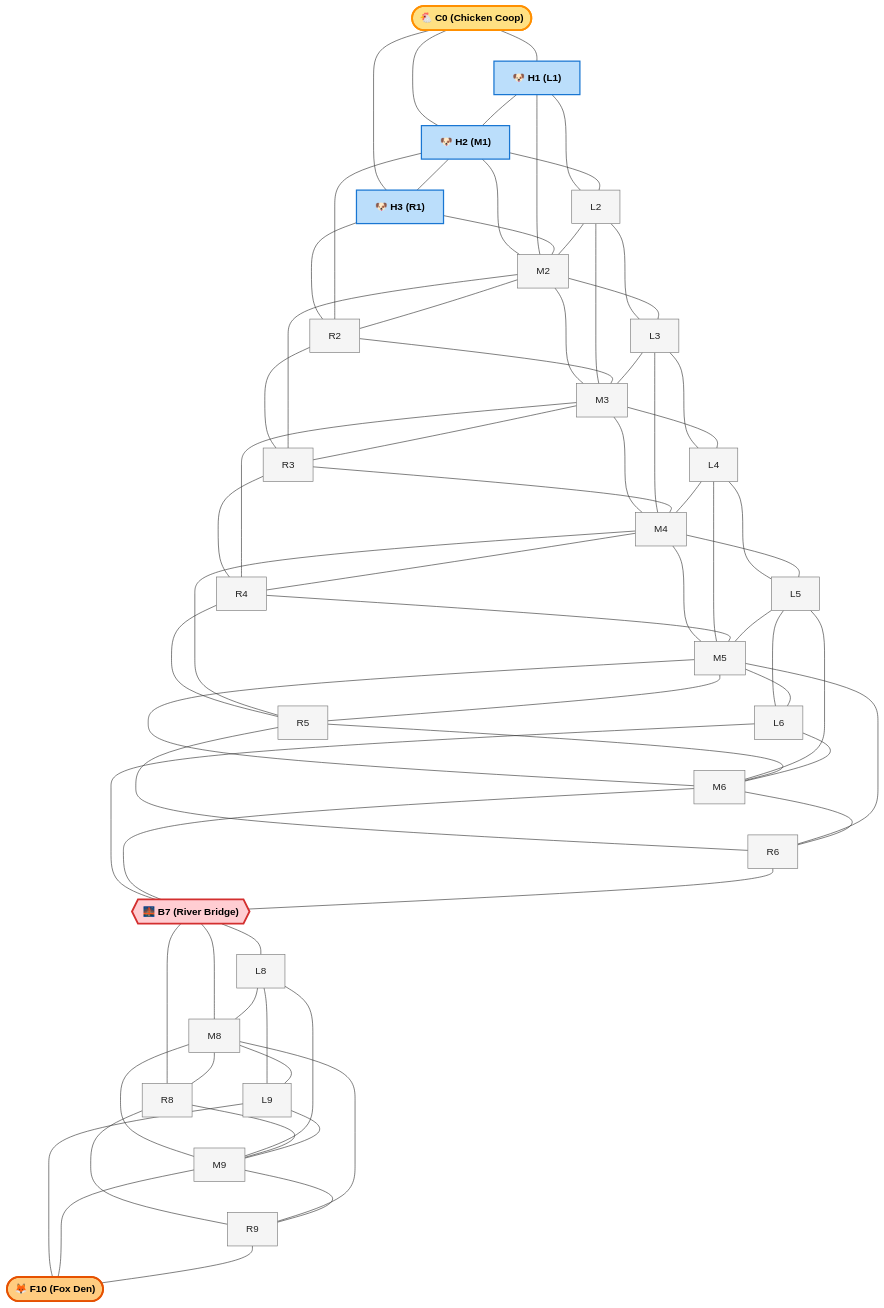
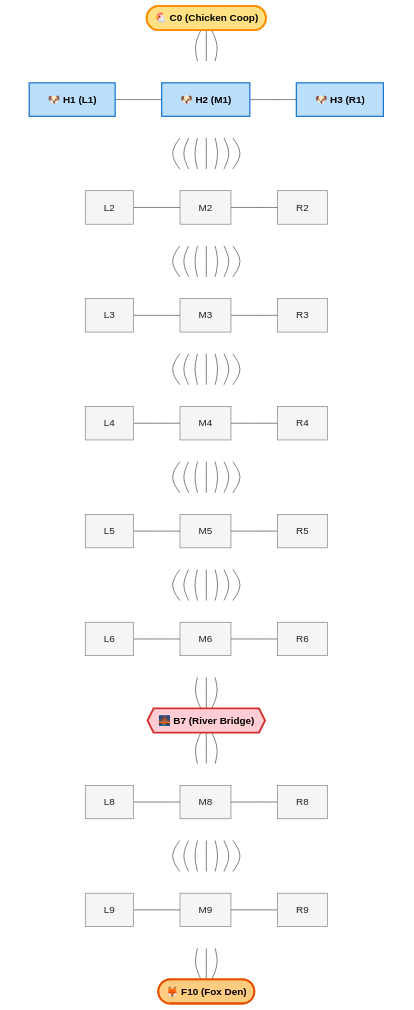
The first of 2 diagrams in README.md (denisglotov/fox-and-hounds), drawn with Mermaid before and after one commit. The commit also changed other lines of this file, not shown here.

Commit message:
graph update again

````diff
--- a/README.md
+++ b/README.md
@@ -56,63 +58,74 @@
 ```mermaid
-graph TD
-    %% Styling
+flowchart TD
+    %% Node Styling
     classDef coop fill:#ffe082,stroke:#ff8f00,stroke-width:3px,color:#000,font-weight:bold;
     classDef hound fill:#bbdefb,stroke:#1976d2,stroke-width:2px,color:#000,font-weight:bold;
     classDef bridge fill:#ffcdd2,stroke:#d32f2f,stroke-width:3px,color:#000,font-weight:bold;
     classDef fox fill:#ffcc80,stroke:#e65100,stroke-width:3px,color:#000,font-weight:bold;
     classDef field fill:#f5f5f5,stroke:#757575,stroke-width:1px,color:#212121;
+    classDef invisible fill:none,stroke:none;
 
     %% Row 0: Chicken Coop
     C0(["🐔 C0 (Chicken Coop)"]):::coop
 
-    %% Row 1: Hounds Start
-    H1["🐶 H1 (L1)"]:::hound
-    H2["🐶 H2 (M1)"]:::hound
-    H3["🐶 H3 (R1)"]:::hound
+    %% Row 1: Hounds Start (Strict Horizontal Alignment)
+    subgraph Row1 [" "]
+        direction LR
+        H1["🐶 H1 (L1)"]:::hound --- H2["🐶 H2 (M1)"]:::hound --- H3["🐶 H3 (R1)"]:::hound
+    end
 
-    %% Rows 2 to 6: North Fields
-    L2["L2"]:::field
-    M2["M2"]:::field
-    R2["R2"]:::field
+    %% Rows 2 to 6: North Fields (Strict Horizontal Alignment)
+    subgraph Row2 [" "]
+        direction LR
+        L2["L2"]:::field --- M2["M2"]:::field --- R2["R2"]:::field
+    end
 
-    L3["L3"]:::field
-    M3["M3"]:::field
-    R3["R3"]:::field
+    subgraph Row3 [" "]
+        direction LR
+        L3["L3"]:::field --- M3["M3"]:::field --- R3["R3"]:::field
+    end
 
-    L4["L4"]:::field
-    M4["M4"]:::field
-    R4["R4"]:::field
+    subgraph Row4 [" "]
+        direction LR
+        L4["L4"]:::field --- M4["M4"]:::field --- R4["R4"]:::field
+    end
 
-    L5["L5"]:::field
-    M5["M5"]:::field
-    R5["R5"]:::field
+    subgraph Row5 [" "]
+        direction LR
+        L5["L5"]:::field --- M5["M5"]:::field --- R5["R5"]:::field
+    end
 
-    L6["L6"]:::field
-    M6["M6"]:::field
-    R6["R6"]:::field
+    subgraph Row6 [" "]
+        direction LR
+        L6["L6"]:::field --- M6["M6"]:::field --- R6["R6"]:::field
+    end
 
-    %% Row 7: Bottleneck Bridge
+    %% Row 7: River Bottleneck Bridge
     B7{{"🌉 B7 (River Bridge)"}}:::bridge
 
-    %% Rows 8 & 9: South Fields
-    L8["L8"]:::field
-    M8["M8"]:::field
-    R8["R8"]:::field
+    %% Rows 8 & 9: South Fields (Strict Horizontal Alignment)
+    subgraph Row8 [" "]
+        direction LR
+        L8["L8"]:::field --- M8["M8"]:::field --- R8["R8"]:::field
+    end
 
-    L9["L9"]:::field
-    M9["M9"]:::field
-    R9["R9"]:::field
+    subgraph Row9 [" "]
+        direction LR
+        L9["L9"]:::field --- M9["M9"]:::field --- R9["R9"]:::field
+    end
 
     %% Row 10: Fox Start
     F10(["🦊 F10 (Fox Den)"]):::fox
 
-    %% Row 0 <-> Row 1 Connections
+    %% Hide Subgraph Containers
+    class Row1,Row2,Row3,Row4,Row5,Row6,Row8,Row9 invisible;
+
+    %% Row 0 <-> Row 1
     C0 --- H1
     C0 --- H2
     C0 --- H3
 
-    %% Row 1 (Horizontal + Connections to Row 2)
-    H1 --- H2 --- H3
+    %% Row 1 <-> Row 2 Connections
     H1 --- L2
     H2 --- M2
     H3 --- R2
@@ -121,8 +134,7 @@
     H2 --- L2
     H2 --- R2
 
-    %% Row 2 (Horizontal + Connections to Row 3)
-    L2 --- M2 --- R2
+    %% Row 2 <-> Row 3 Connections
     L2 --- L3
     M2 --- M3
     R2 --- R3
@@ -131,8 +143,7 @@
     M2 --- L3
     M2 --- R3
 
-    %% Row 3 (Horizontal + Connections to Row 4)
-    L3 --- M3 --- R3
+    %% Row 3 <-> Row 4 Connections
     L3 --- L4
     M3 --- M4
     R3 --- R4
@@ -141,8 +152,7 @@
     M3 --- L4
     M3 --- R4
 
-    %% Row 4 (Horizontal + Connections to Row 5)
-    L4 --- M4 --- R4
+    %% Row 4 <-> Row 5 Connections
     L4 --- L5
     M4 --- M5
     R4 --- R5
@@ -151,8 +161,7 @@
     M4 --- L5
     M4 --- R5
 
-    %% Row 5 (Horizontal + Connections to Row 6)
-    L5 --- M5 --- R5
+    %% Row 5 <-> Row 6 Connections
     L5 --- L6
     M5 --- M6
     R5 --- R6
@@ -161,8 +170,7 @@
     M5 --- L6
     M5 --- R6
 
-    %% Row 6 (Horizontal + Connections to Row 7 Bridge)
-    L6 --- M6 --- R6
+    %% Row 6 <-> Row 7 Bridge
     L6 --- B7
     M6 --- B7
     R6 --- B7
@@ -172,8 +180,7 @@
     B7 --- M8
     B7 --- R8
 
-    %% Row 8 (Horizontal + Connections to Row 9)
-    L8 --- M8 --- R8
+    %% Row 8 <-> Row 9 Connections
     L8 --- L9
     M8 --- M9
     R8 --- R9
@@ -182,8 +189,7 @@
     M8 --- L9
     M8 --- R9
 
-    %% Row 9 (Horizontal + Connections to Row 10 Fox)
-    L9 --- M9 --- R9
+    %% Row 9 <-> Row 10 Fox
     L9 --- F10
     M9 --- F10
     R9 --- F10
````
